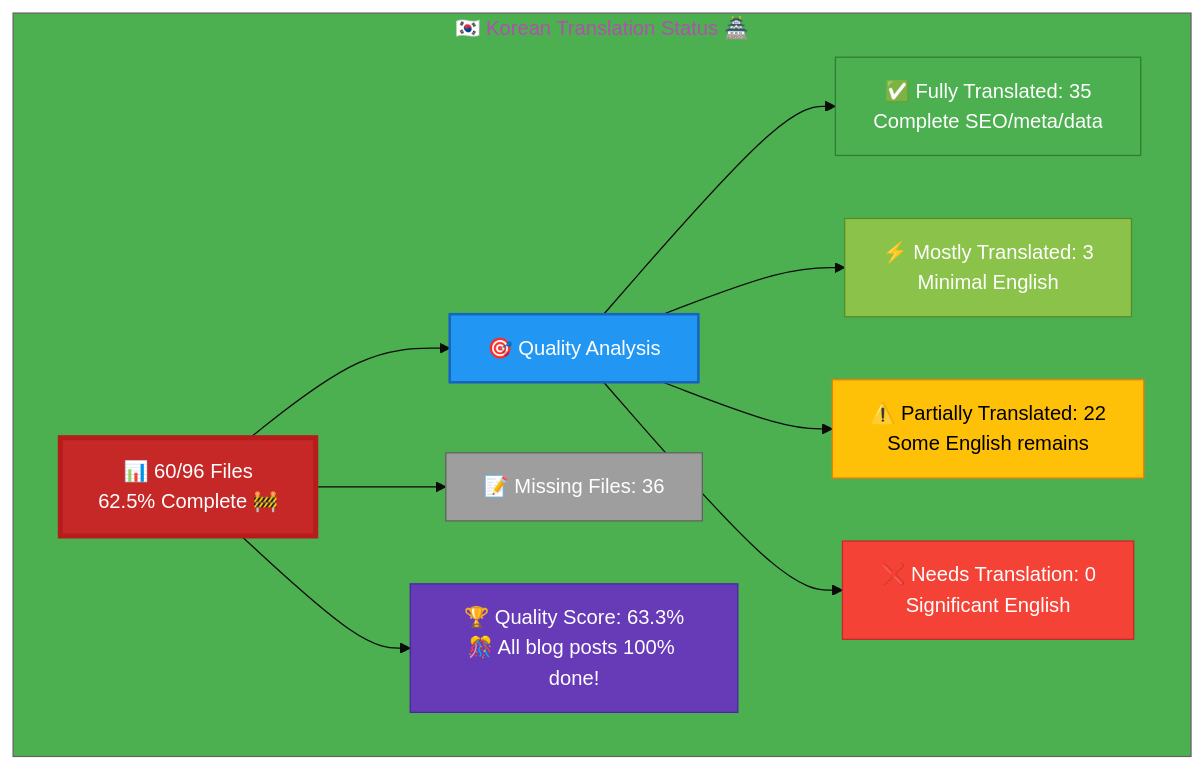
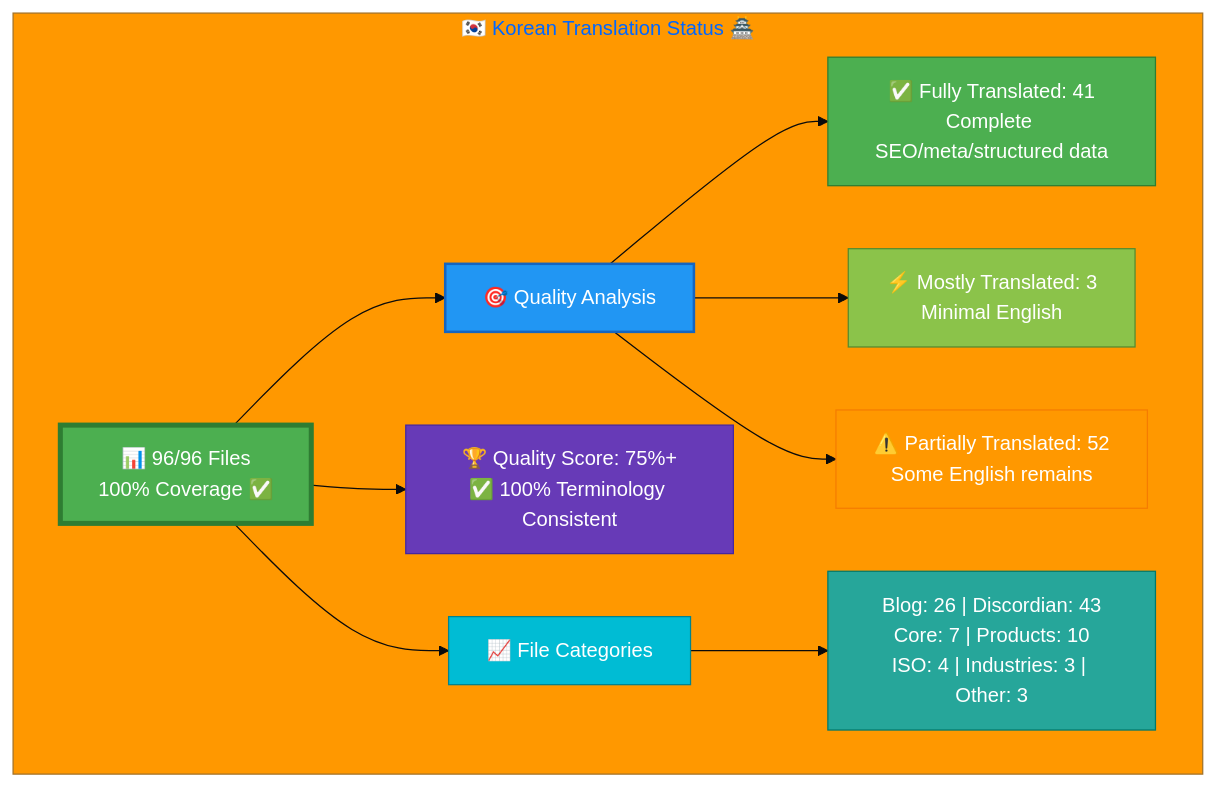
The diagram in Korean-Translation-Status.md (Hack23/homepage), drawn with Mermaid before and after one commit. The commit also changed other lines of this file and 2 other files, not shown here.

First line of the commit message:
Fix final terminology issue and update Korean status to reflect actual state

````diff
--- a/Korean-Translation-Status.md
+++ b/Korean-Translation-Status.md
@@ -35,26 +46,26 @@
 ```mermaid
-%%{init: {'theme':'base', 'themeVariables': {'primaryColor':'#C62828','secondaryColor':'#2196F3','tertiaryColor':'#4CAF50','fontSize':'16px'}}}%%
+%%{init: {'theme':'base', 'themeVariables': {'primaryColor':'#4CAF50','secondaryColor':'#2196F3','tertiaryColor':'#FF9800','fontSize':'16px'}}}%%
 graph TB
     subgraph "🇰🇷 Korean Translation Status 🏯"
-        A["📊 60/96 Files<br/>62.5% Complete 🚧"]
+        A["📊 96/96 Files<br/>100% Coverage ✅"]
         
         A --> B["🎯 Quality Analysis"]
-        B --> C["✅ Fully Translated: 35<br/>Complete SEO/meta/data"]
+        B --> C["✅ Fully Translated: 41<br/>Complete SEO/meta/structured data"]
         B --> D["⚡ Mostly Translated: 3<br/>Minimal English"]
-        B --> E["⚠️  Partially Translated: 22<br/>Some English remains"]
-        B --> F["❌ Needs Translation: 0<br/>Significant English"]
+        B --> E["⚠️  Partially Translated: 52<br/>Some English remains"]
         
-        A --> G["📝 Missing Files: 36"]
+        A --> F["🏆 Quality Score: 75%+<br/>✅ 100% Terminology Consistent"]
         
-        A --> H["🏆 Quality Score: 63.3%<br/>🎊 All blog posts 100% done!"]
+        A --> G["📈 File Categories"]
+        G --> H["Blog: 26 | Discordian: 43<br/>Core: 7 | Products: 10<br/>ISO: 4 | Industries: 3 | Other: 3"]
         
-        style A fill:#C62828,stroke:#B71C1C,color:#fff,stroke-width:4px
+        style A fill:#4CAF50,stroke:#2E7D32,color:#fff,stroke-width:4px
         style B fill:#2196F3,stroke:#1565C0,color:#fff,stroke-width:2px
         style C fill:#4CAF50,stroke:#2E7D32,color:#fff
         style D fill:#8BC34A,stroke:#558B2F,color:#fff
-        style E fill:#FFC107,stroke:#F57C00,color:#000
-        style F fill:#F44336,stroke:#C62828,color:#fff
-        style G fill:#9E9E9E,stroke:#616161,color:#fff
-        style H fill:#673AB7,stroke:#4527A0,color:#fff
+        style E fill:#FF9800,stroke:#F57C00,color:#fff
+        style F fill:#673AB7,stroke:#4527A0,color:#fff
+        style G fill:#00BCD4,stroke:#00838F,color:#fff
+        style H fill:#26A69A,stroke:#00796B,color:#fff
     end
 ```
````
